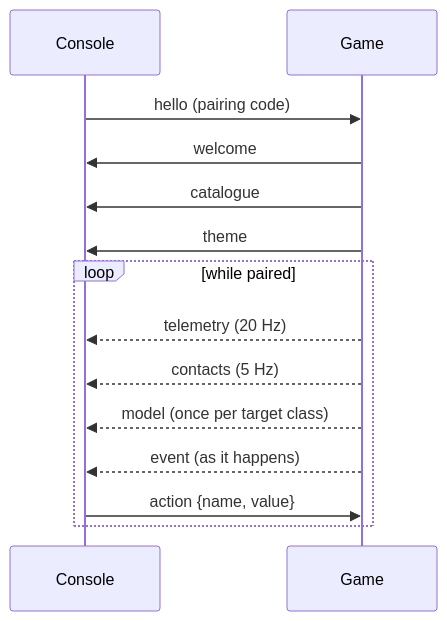
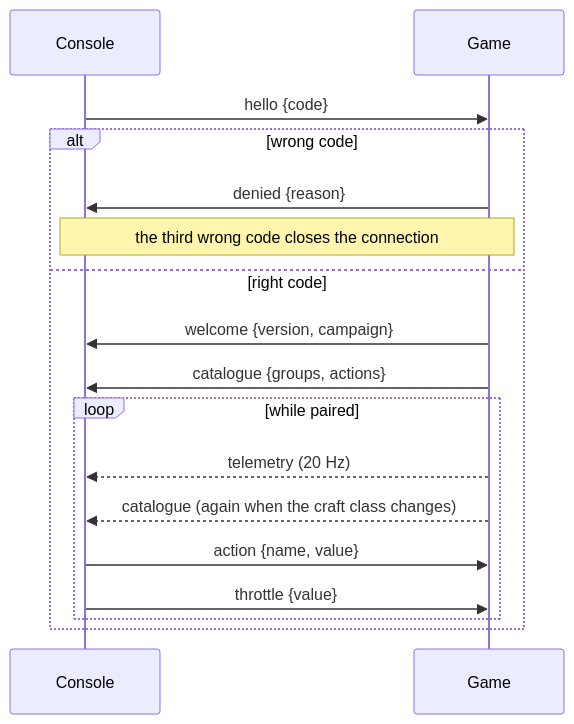
One commit to bbogovich/OpenInterceptor changed the diagram in docs/specification/console-protocol.md. Above: the diagram before and after it, drawn with Mermaid. The commit also changed other lines of this file and 49 other files, not shown here.

````diff
--- a/docs/specification/console-protocol.md
+++ b/docs/specification/console-protocol.md
@@ -29,16 +37,19 @@
 ```mermaid
 sequenceDiagram
     participant C as Console
     participant G as Game
-    C->>G: hello (pairing code)
-    G->>C: welcome
-    G->>C: catalogue
-    G->>C: theme
-    loop while paired
-        G-->>C: telemetry (20 Hz)
-        G-->>C: contacts (5 Hz)
-        G-->>C: model (once per target class)
-        G-->>C: event (as it happens)
-        C->>G: action {name, value}
+    C->>G: hello {code}
+    alt wrong code
+        G->>C: denied {reason}
+        Note over C,G: the third wrong code closes the connection
+    else right code
+        G->>C: welcome {version, campaign}
+        G->>C: catalogue {groups, actions}
+        loop while paired
+            G-->>C: telemetry (20 Hz)
+            G-->>C: catalogue (again when the craft class changes)
+            C->>G: action {name, value}
+            C->>G: throttle {value}
+        end
     end
 ```
````
